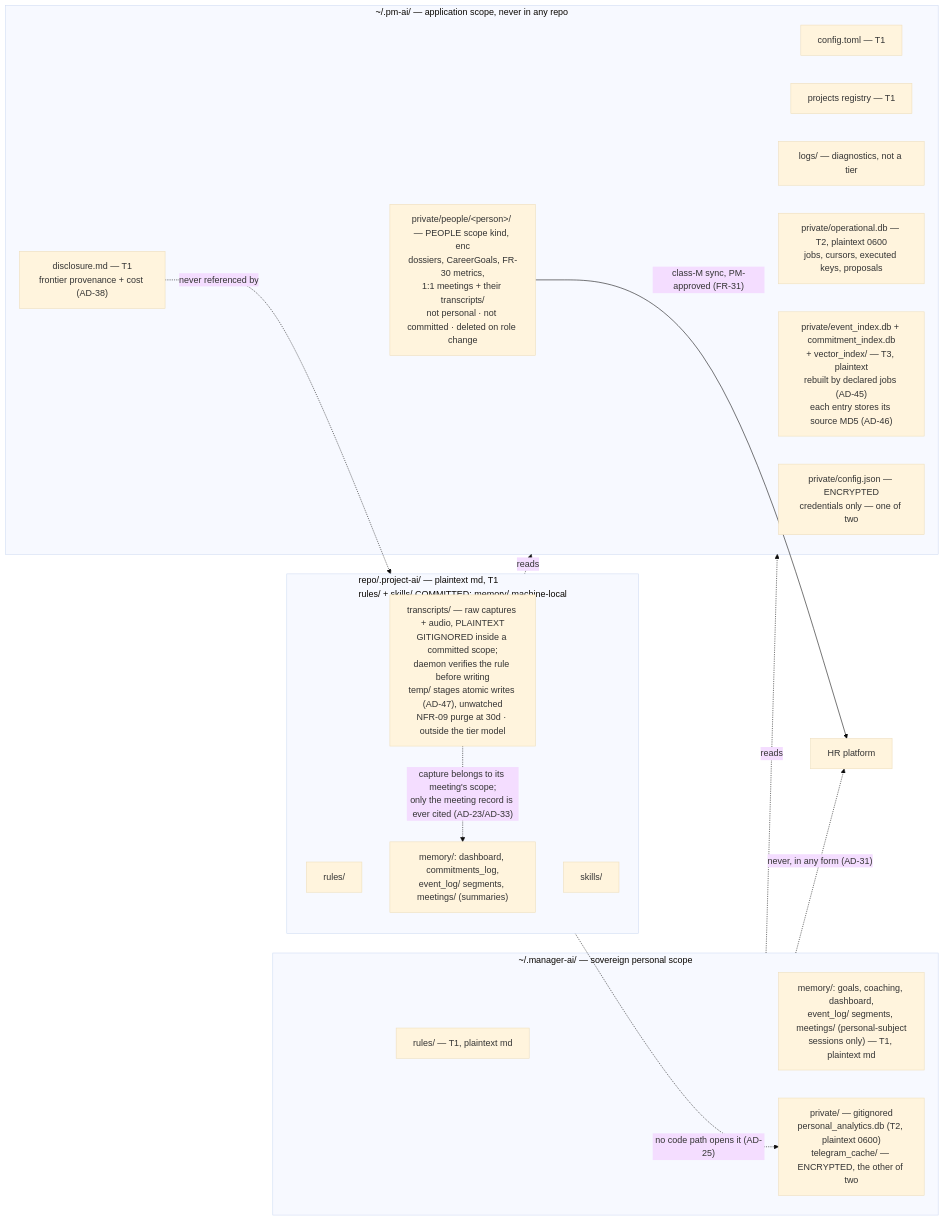
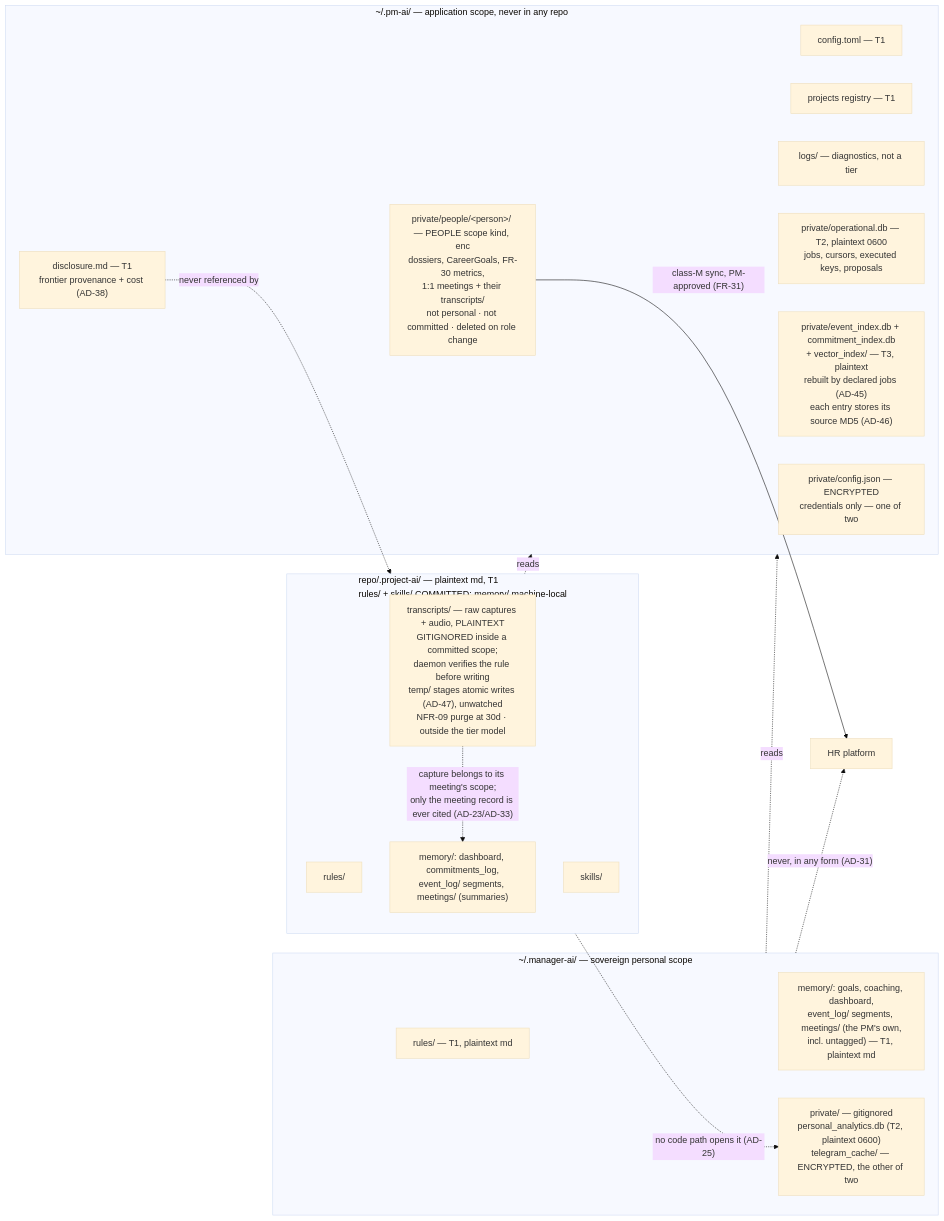
Before and after one commit to aramaniuk/pm-ai: the third of 4 diagrams in _bmad-output/planning-artifacts/architecture/architecture-pm-ai-2026-08-18/ARCHITECTURE-SPINE.md, drawn with Mermaid (base theme). The commit also changed other lines of this file and 4 other files, not shown here.

First line of the commit message:
docs(architecture): the spine catches up with what wave 1 actually built

````diff
--- a/_bmad-output/planning-artifacts/architecture/architecture-pm-ai-2026-08-18/ARCHITECTURE-SPINE.md
+++ b/_bmad-output/planning-artifacts/architecture/architecture-pm-ai-2026-08-18/ARCHITECTURE-SPINE.md
@@ -834,31 +851,31 @@
 ```mermaid
 graph LR
     subgraph APP["~/.pm-ai/ — application scope, never in any repo"]
         A1["config.toml — T1"]
         A2["projects registry — T1"]
         A3["disclosure.md — T1<br/>frontier provenance + cost (AD-38)"]
         A4["logs/ — diagnostics, not a tier"]
         A5["private/operational.db — T2, plaintext 0600<br/>jobs, cursors, executed keys, proposals"]
         A6["private/event_index.db + commitment_index.db<br/>+ vector_index/ — T3, plaintext<br/>rebuilt by declared jobs (AD-45)<br/>each entry stores its source MD5 (AD-46)"]
         A7["private/config.json — ENCRYPTED<br/>credentials only — one of two"]
         A8["private/people/&lt;person&gt;/ — PEOPLE scope kind, enc<br/>dossiers, CareerGoals, FR-30 metrics,<br/>1:1 meetings + their transcripts/<br/>not personal · not committed · deleted on role change"]
     end
     subgraph PERS["~/.manager-ai/ — sovereign personal scope"]
         P1["rules/ — T1, plaintext md"]
-        P2["memory/: goals, coaching, dashboard,<br/>event_log/ segments, meetings/ (personal-subject<br/>sessions only) — T1, plaintext md"]
+        P2["memory/: goals, coaching, dashboard,<br/>event_log/ segments, meetings/ (the PM's own,<br/>incl. untagged) — T1, plaintext md"]
         P3["private/ — gitignored<br/>personal_analytics.db (T2, plaintext 0600)<br/>telegram_cache/ — ENCRYPTED, the other of two"]
     end
     subgraph PROJ["repo/.project-ai/ — plaintext md, T1<br/>rules/ + skills/ COMMITTED; memory/ machine-local"]
         R1[rules/]
         R2["memory/: dashboard, commitments_log,<br/>event_log/ segments, meetings/ (summaries)"]
         R3[skills/]
         R4["transcripts/ — raw captures + audio, PLAINTEXT<br/>GITIGNORED inside a committed scope;<br/>daemon verifies the rule before writing<br/>temp/ stages atomic writes (AD-47), unwatched<br/>NFR-09 purge at 30d · outside the tier model"]
     end
     PERS -.reads.-> APP
     PROJ -.reads.-> APP
     A3 -.->|"never referenced by"| PROJ
     A8 -->|"class-M sync, PM-approved (FR-31)"| HR[HR platform]
     PERS -.->|"never, in any form (AD-31)"| HR
     PROJ -.->|"no code path opens it (AD-25)"| P3
     R4 -.->|"capture belongs to its meeting's scope;<br/>only the meeting record is ever cited (AD-23/AD-33)"| R2
 ```
````
